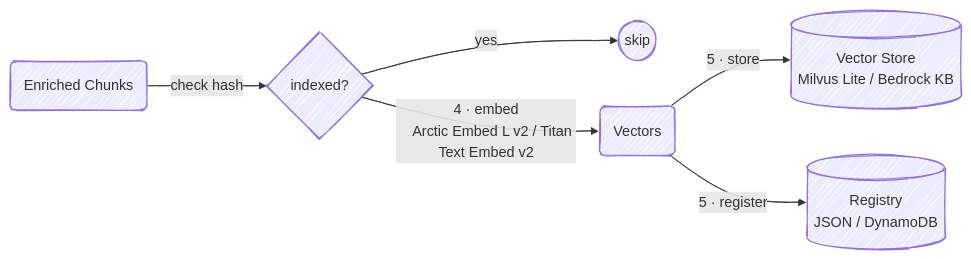
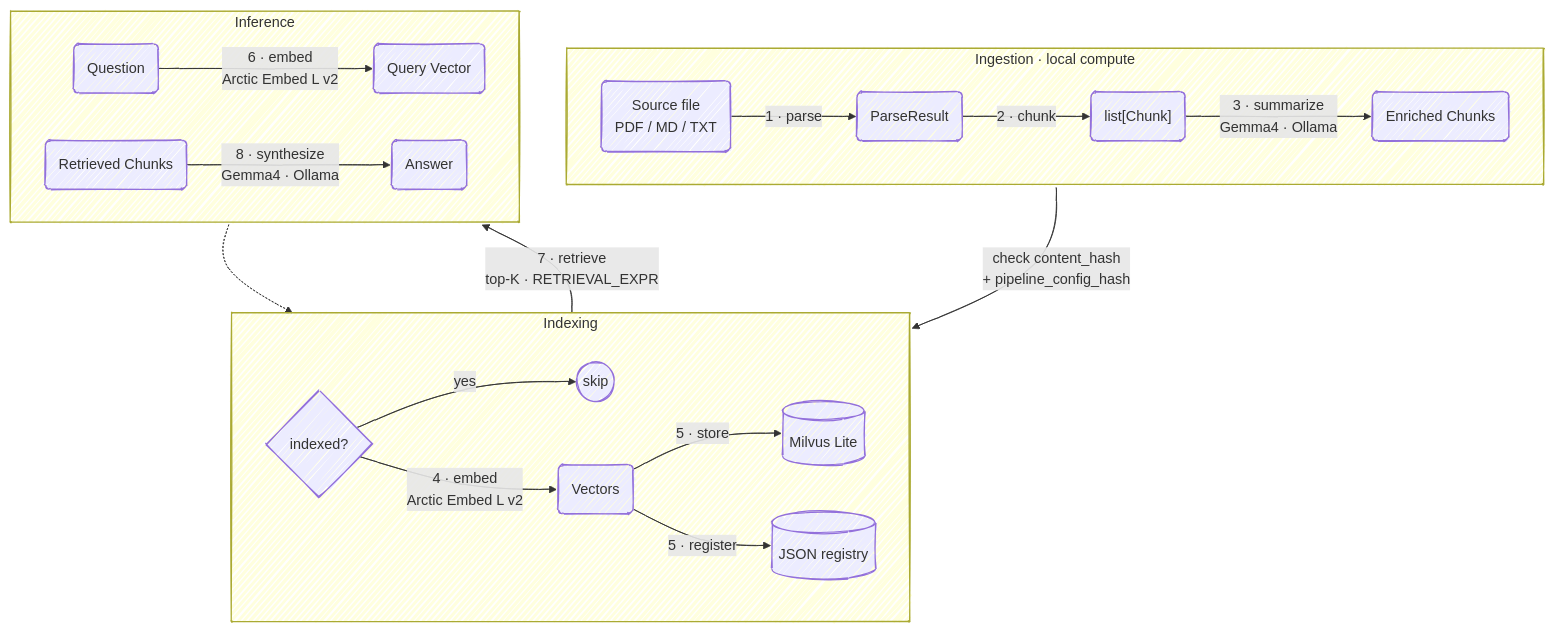
The first of 2 diagrams in README.md (ryq99/search-anything), drawn with Mermaid before and after one commit. The commit also changed other lines of this file, not shown here.

````diff
--- a/README.md
+++ b/README.md
@@ -73,19 +68,32 @@
 ```mermaid
 %%{init: {'look': 'handDrawn'}}%%
-flowchart LR
-    A("Enriched Chunks")
-    B{"indexed?"}
-    SKIP(("skip"))
-    V("Vectors")
-    VS[("Vector Store
-    Milvus Lite / Bedrock KB")]
-    REG[("Registry
-    JSON / DynamoDB")]
-
-    A -- "check hash" --> B
-    B -- "yes" --> SKIP
-    B -- "4 · embed
-    Arctic Embed L v2 / Titan Text Embed v2" --> V
-    V -- "5 · store" --> VS
-    V -- "5 · register" --> REG
+flowchart TB
+    subgraph ING["Ingestion · local compute"]
+      direction LR
+      A("Source file
+      PDF / MD / TXT") -- "1 · parse" --> B("ParseResult")
+      B -- "2 · chunk" --> C("list[Chunk]")
+      C -- "3 · summarize
+      Gemma4 · Ollama" --> D("Enriched Chunks")
+    end
+    subgraph IDXG["Indexing"]
+      direction LR
+      D -- "check content_hash
+      + pipeline_config_hash" --> IDX{"indexed?"}
+      IDX -- "yes" --> SKIP(("skip"))
+      IDX -- "4 · embed
+      Arctic Embed L v2" --> V("Vectors")
+      V -- "5 · store" --> VS[("Milvus Lite")]
+      V -- "5 · register" --> REG[("JSON registry")]
+    end
+    subgraph INF["Inference"]
+      direction LR
+      Q("Question") -- "6 · embed
+      Arctic Embed L v2" --> QV("Query Vector")
+      QV -.-> VS
+      VS -- "7 · retrieve
+      top-K · RETRIEVAL_EXPR" --> R("Retrieved Chunks")
+      R -- "8 · synthesize
+      Gemma4 · Ollama" --> ANS("Answer")
+    end
 ```
````
